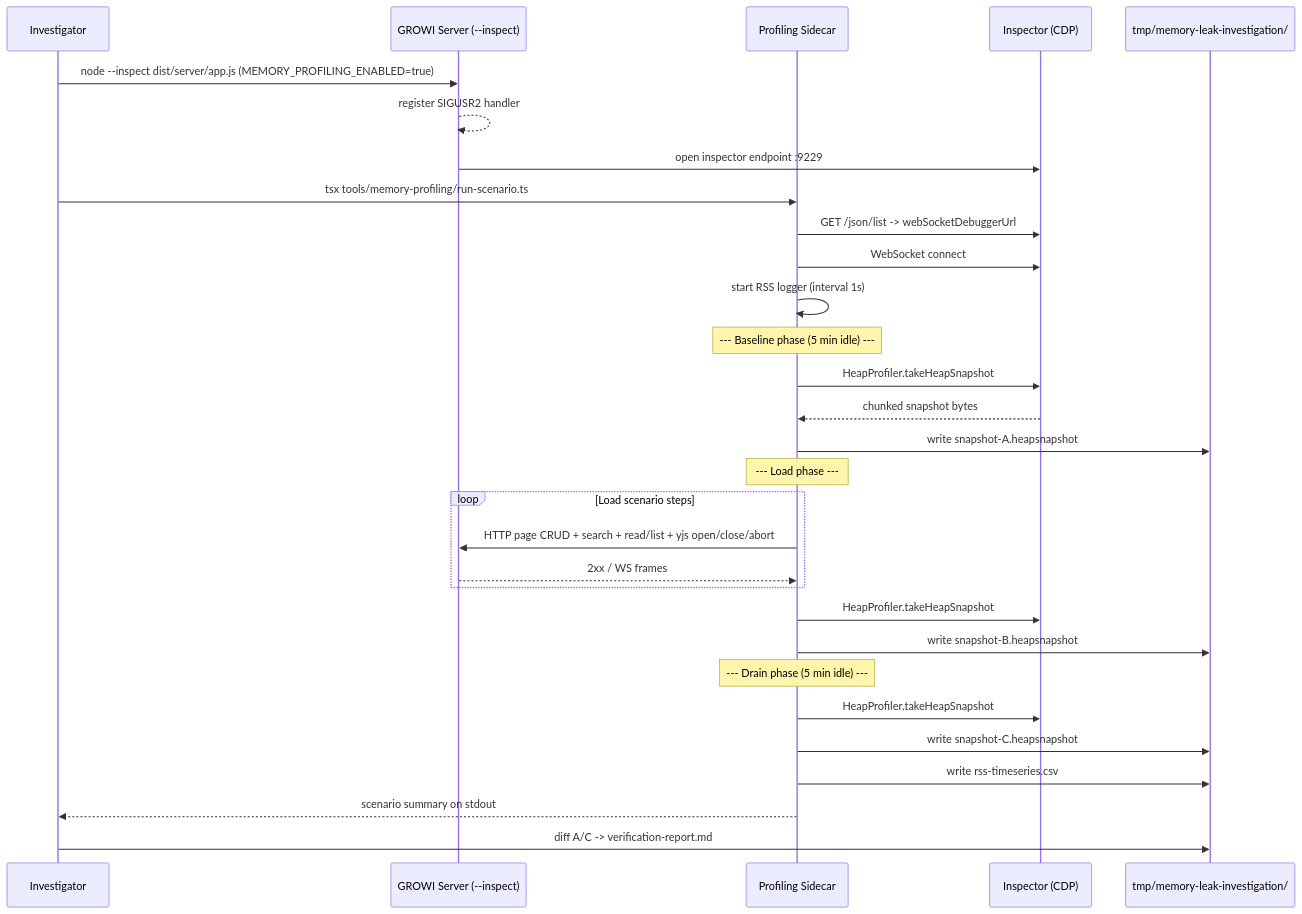
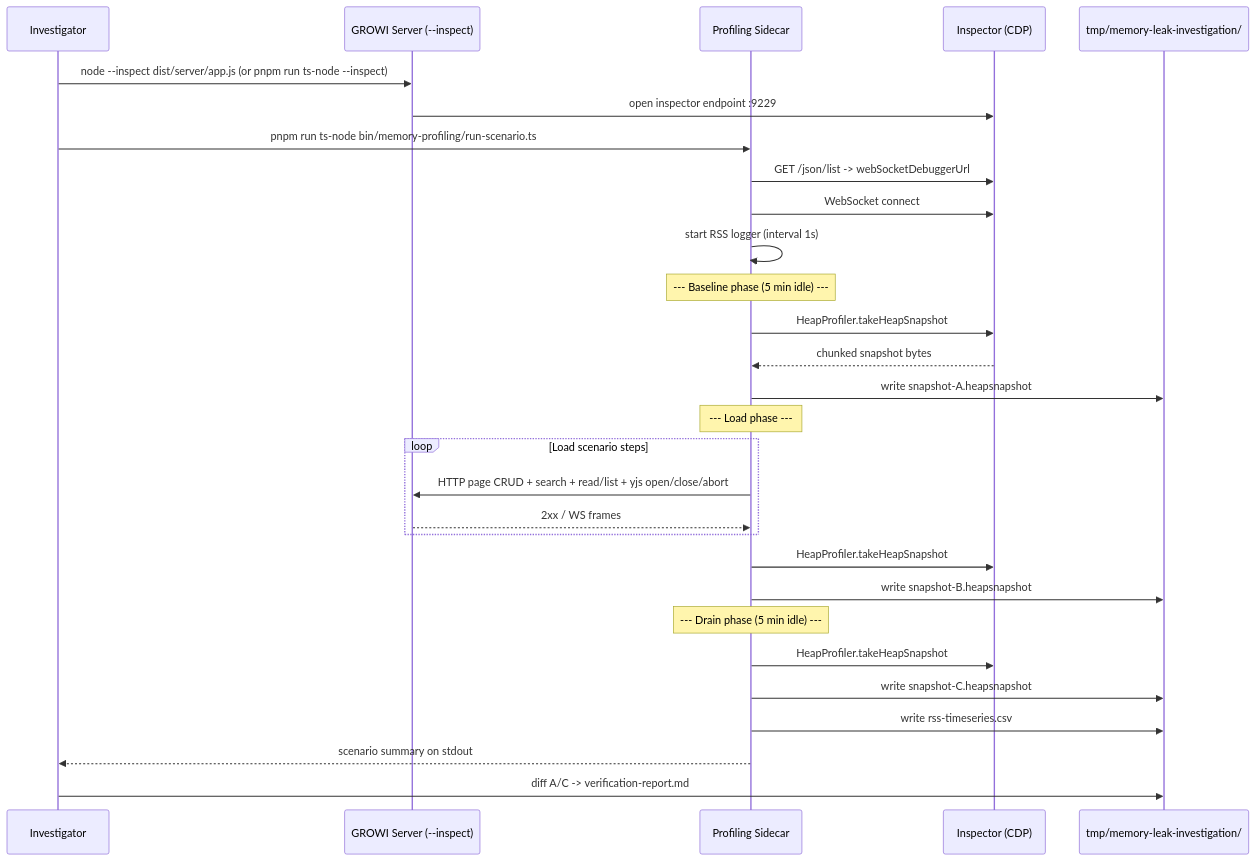
Before and after one commit to growilabs/growi: the second of 3 diagrams in .kiro/specs/memory-leak-investigation/design.md, drawn with Mermaid. The commit also changed other lines of this file and 6 other files, not shown here.

````diff
--- a/.kiro/specs/memory-leak-investigation/design.md
+++ b/.kiro/specs/memory-leak-investigation/design.md
@@ -218,32 +215,31 @@
 ```mermaid
 sequenceDiagram
     participant Op as Investigator
     participant Server as GROWI Server (--inspect)
     participant Sidecar as Profiling Sidecar
     participant Cdp as Inspector (CDP)
     participant Fs as tmp/memory-leak-investigation/
-    Op->>Server: node --inspect dist/server/app.js (MEMORY_PROFILING_ENABLED=true)
-    Server-->>Server: register SIGUSR2 handler
+    Op->>Server: node --inspect dist/server/app.js (or pnpm run ts-node --inspect)
     Server->>Cdp: open inspector endpoint :9229
-    Op->>Sidecar: tsx tools/memory-profiling/run-scenario.ts
+    Op->>Sidecar: pnpm run ts-node bin/memory-profiling/run-scenario.ts
     Sidecar->>Cdp: GET /json/list -> webSocketDebuggerUrl
     Sidecar->>Cdp: WebSocket connect
     Sidecar->>Sidecar: start RSS logger (interval 1s)
     Note over Sidecar: --- Baseline phase (5 min idle) ---
     Sidecar->>Cdp: HeapProfiler.takeHeapSnapshot
     Cdp-->>Sidecar: chunked snapshot bytes
     Sidecar->>Fs: write snapshot-A.heapsnapshot
     Note over Sidecar: --- Load phase ---
     loop Load scenario steps
         Sidecar->>Server: HTTP page CRUD + search + read/list + yjs open/close/abort
         Server-->>Sidecar: 2xx / WS frames
     end
     Sidecar->>Cdp: HeapProfiler.takeHeapSnapshot
     Sidecar->>Fs: write snapshot-B.heapsnapshot
     Note over Sidecar: --- Drain phase (5 min idle) ---
     Sidecar->>Cdp: HeapProfiler.takeHeapSnapshot
     Sidecar->>Fs: write snapshot-C.heapsnapshot
     Sidecar->>Fs: write rss-timeseries.csv
     Sidecar-->>Op: scenario summary on stdout
     Op->>Fs: diff A/C -> verification-report.md
 ```
````
